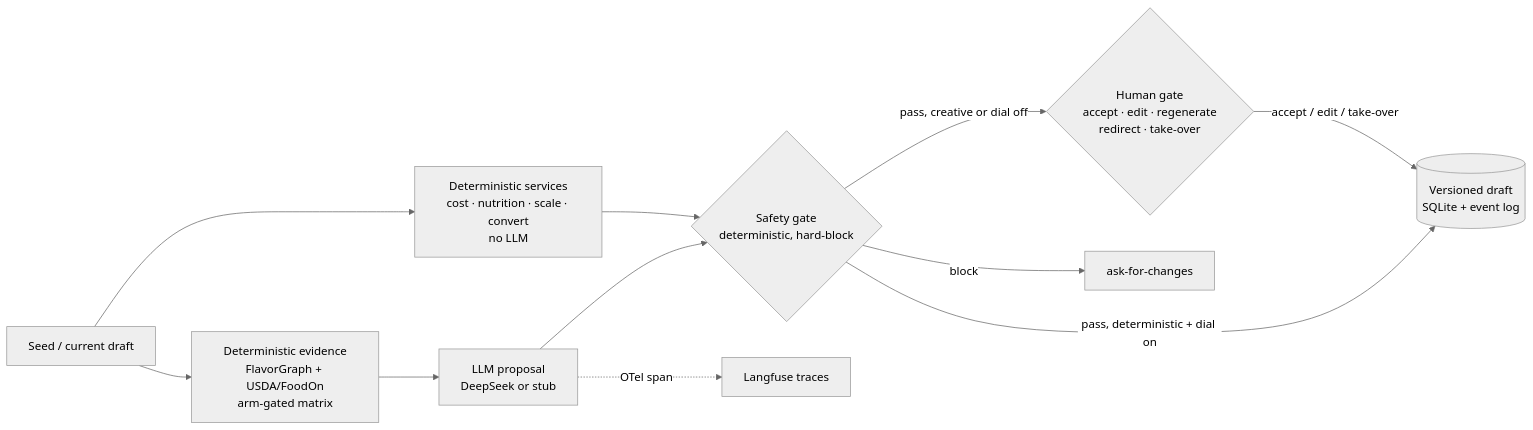
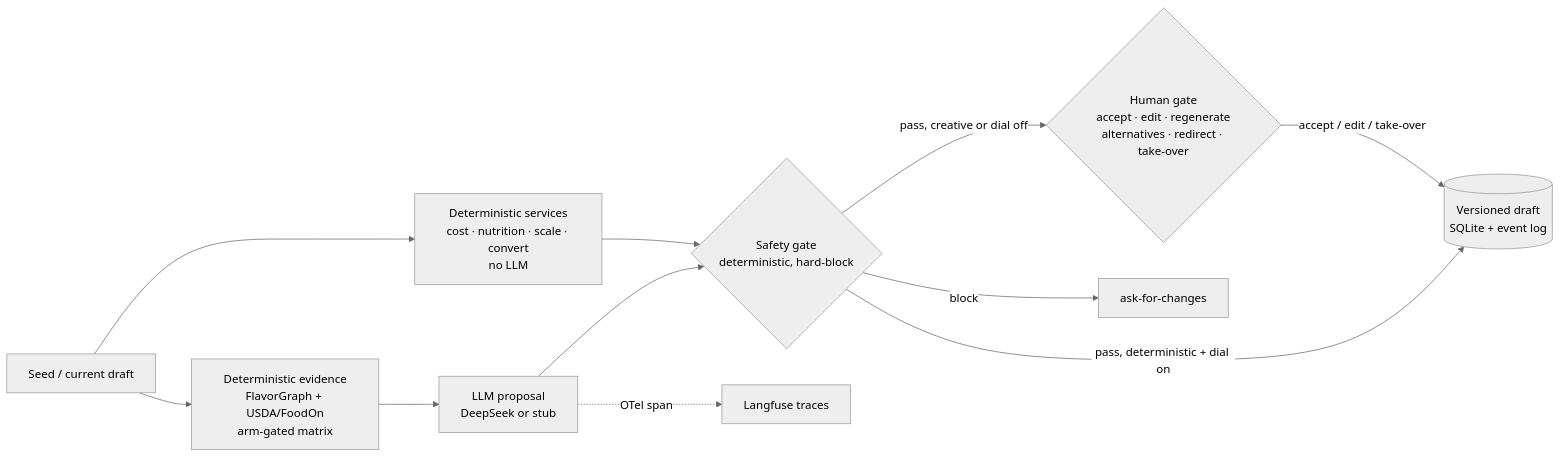
The second of 2 diagrams in README.md (ogngnaoh/capycook), drawn with Mermaid before and after one commit. The commit also changed other lines of this file, not shown here.

Commit message:
docs(readme): diagram polish — full native verb list, deterministic re-entry caveat

````diff
--- a/README.md
+++ b/README.md
@@ -78,14 +78,14 @@
 ```mermaid
 %%{init: {'theme': 'neutral'}}%%
 flowchart LR
     S[Seed / current draft] --> E[Deterministic evidence<br/>FlavorGraph + USDA/FoodOn<br/>arm-gated matrix]
     E --> P[LLM proposal<br/>DeepSeek or stub]
     S --> D[Deterministic services<br/>cost · nutrition · scale · convert<br/>no LLM]
     P --> G{Safety gate<br/>deterministic, hard-block}
     D --> G
     G -->|pass, deterministic + dial on| V[(Versioned draft<br/>SQLite + event log)]
-    G -->|pass, creative or dial off| H{Human gate<br/>accept · edit · regenerate<br/>redirect · take-over}
+    G -->|pass, creative or dial off| H{Human gate<br/>accept · edit · regenerate<br/>alternatives · redirect · take-over}
     G -->|block| X[ask-for-changes]
     H -->|accept / edit / take-over| V
     P -.->|OTel span| L[Langfuse traces]
 ```
````
